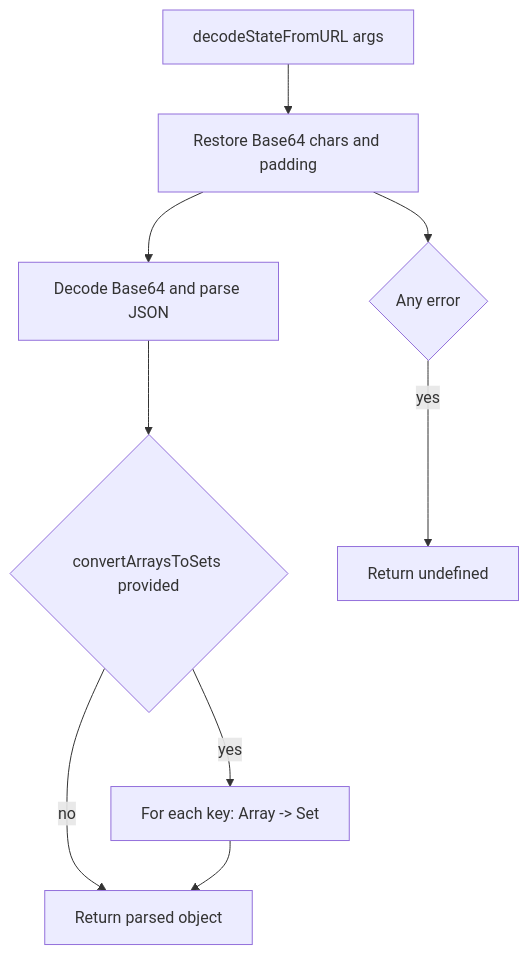
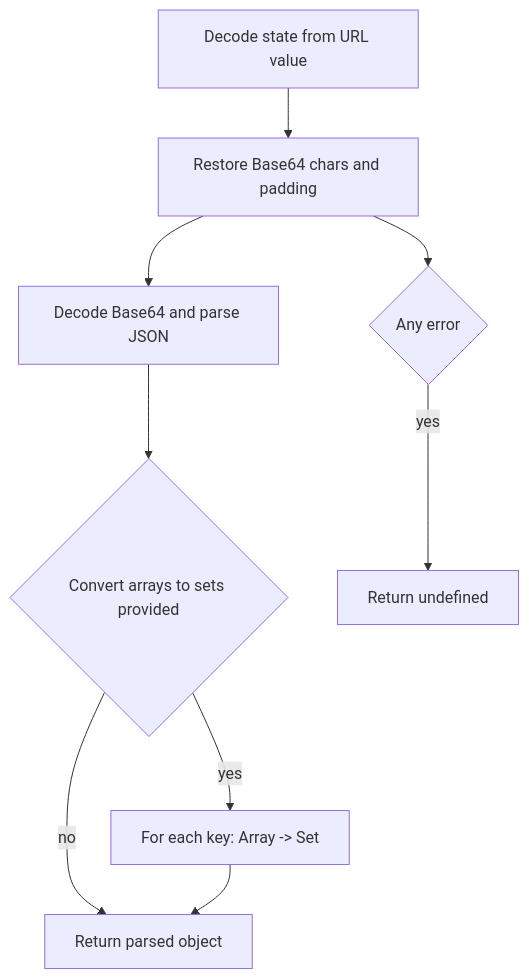
The third of 10 diagrams in src/utils/urlState/ARCHITECTURE.md (luciocabrera/lcabrera-stack), drawn with Mermaid before and after one commit. The commit also changed other lines of this file and 2 other files, not shown here.

Commit message:
feat: Update architecture documentation for performance, storage, and URL state utilities

````diff
--- a/src/utils/urlState/ARCHITECTURE.md
+++ b/src/utils/urlState/ARCHITECTURE.md
@@ -65,11 +65,11 @@
 ```mermaid
 flowchart TD
-  A[decodeStateFromURL args] --> B[Restore Base64 chars and padding]
+  A[Decode state from URL value] --> B[Restore Base64 chars and padding]
   B --> C[Decode Base64 and parse JSON]
-  C --> D{convertArraysToSets provided}
+  C --> D{Convert arrays to sets provided}
   D -- no --> E[Return parsed object]
   D -- yes --> F[For each key: Array -> Set]
   F --> E
   B --> G{Any error}
   G -- yes --> H[Return undefined]
 ```
````
